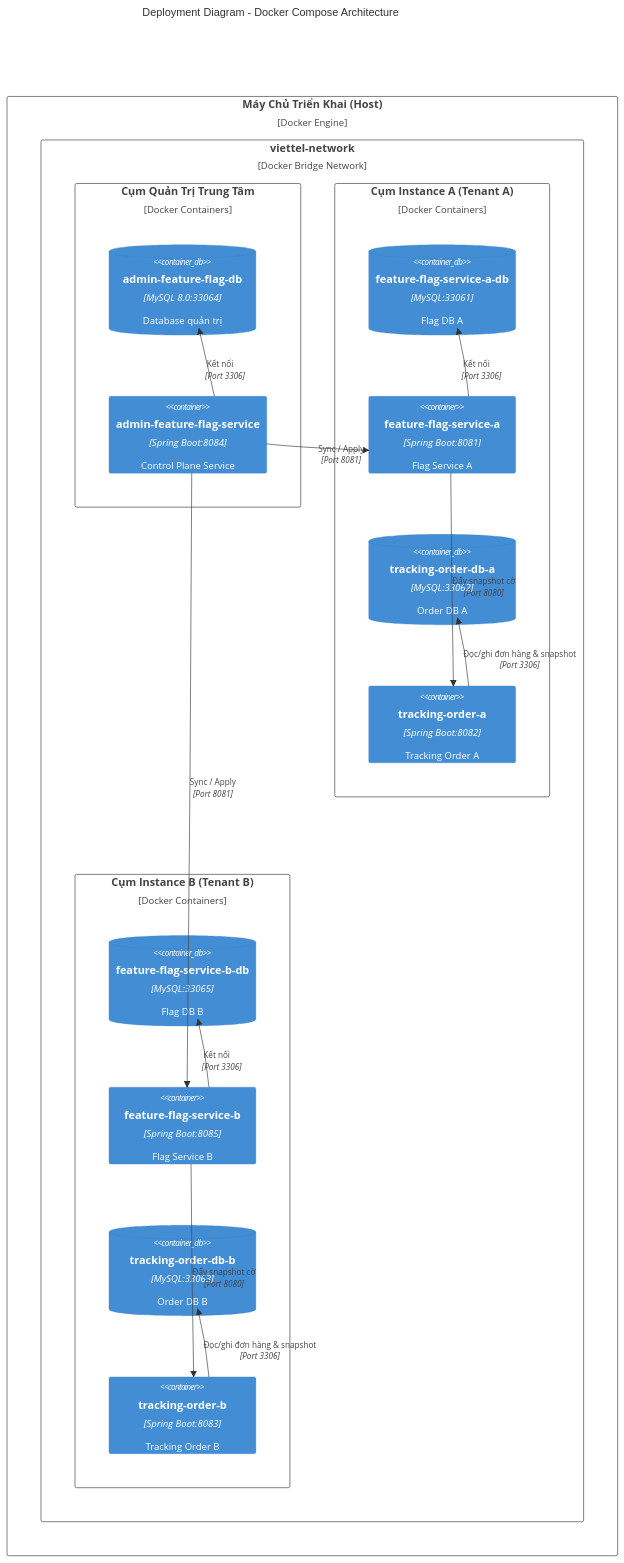
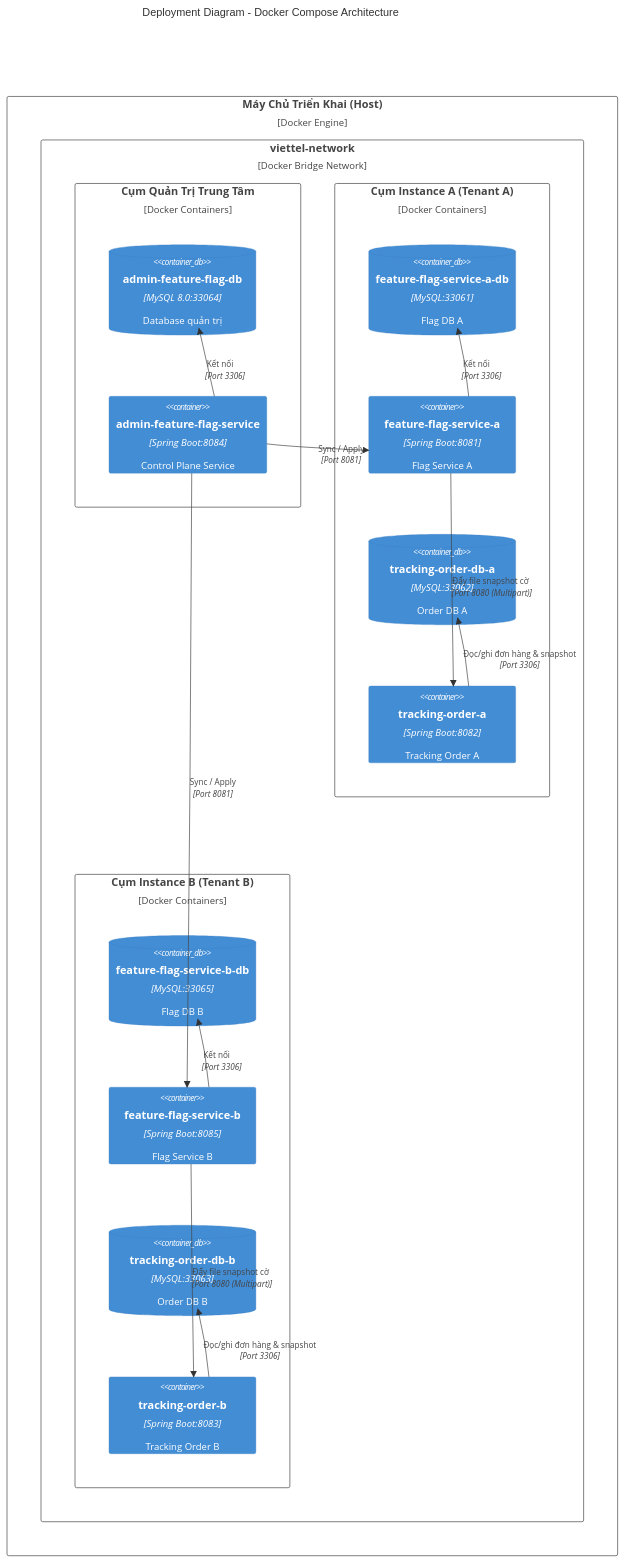
Before and after one commit to duymk123/Tracking-Order: the seventh of 7 diagrams in docs/architecture/feature-flag-c4.md, drawn with Mermaid. The commit also changed other lines of this file and 27 other files, not shown here.

````diff
--- a/docs/architecture/feature-flag-c4.md
+++ b/docs/architecture/feature-flag-c4.md
@@ -168,40 +210,40 @@
 ```mermaid
 C4Deployment
   title Deployment Diagram - Docker Compose Architecture
 
   Deployment_Node(host, "Máy Chủ Triển Khai (Host)", "Docker Engine") {
     Deployment_Node(network, "viettel-network", "Docker Bridge Network") {
       
       Deployment_Node(adminGroup, "Cụm Quản Trị Trung Tâm", "Docker Containers") {
         ContainerDb(adminDbNode, "admin-feature-flag-db", "MySQL 8.0:33064", "Database quản trị")
         Container(adminServiceNode, "admin-feature-flag-service", "Spring Boot:8084", "Control Plane Service")
       }
 
       Deployment_Node(instanceA, "Cụm Instance A (Tenant A)", "Docker Containers") {
         ContainerDb(flagDbA, "feature-flag-service-a-db", "MySQL:33061", "Flag DB A")
         Container(flagServiceA, "feature-flag-service-a", "Spring Boot:8081", "Flag Service A")
         ContainerDb(orderDbA, "tracking-order-db-a", "MySQL:33062", "Order DB A")
         Container(orderServiceA, "tracking-order-a", "Spring Boot:8082", "Tracking Order A")
       }
 
       Deployment_Node(instanceB, "Cụm Instance B (Tenant B)", "Docker Containers") {
         ContainerDb(flagDbB, "feature-flag-service-b-db", "MySQL:33065", "Flag DB B")
         Container(flagServiceB, "feature-flag-service-b", "Spring Boot:8085", "Flag Service B")
         ContainerDb(orderDbB, "tracking-order-db-b", "MySQL:33063", "Order DB B")
         Container(orderServiceB, "tracking-order-b", "Spring Boot:8083", "Tracking Order B")
       }
     }
   }
 
   Rel(adminServiceNode, adminDbNode, "Kết nối", "Port 3306")
   Rel(adminServiceNode, flagServiceA, "Sync / Apply", "Port 8081")
   Rel(adminServiceNode, flagServiceB, "Sync / Apply", "Port 8081")
 
   Rel(flagServiceA, flagDbA, "Kết nối", "Port 3306")
-  Rel(flagServiceA, orderServiceA, "Đẩy snapshot cờ", "Port 8080")
+  Rel(flagServiceA, orderServiceA, "Đẩy file snapshot cờ", "Port 8080 (Multipart)")
   Rel(orderServiceA, orderDbA, "Đọc/ghi đơn hàng & snapshot", "Port 3306")
 
   Rel(flagServiceB, flagDbB, "Kết nối", "Port 3306")
-  Rel(flagServiceB, orderServiceB, "Đẩy snapshot cờ", "Port 8080")
+  Rel(flagServiceB, orderServiceB, "Đẩy file snapshot cờ", "Port 8080 (Multipart)")
   Rel(orderServiceB, orderDbB, "Đọc/ghi đơn hàng & snapshot", "Port 3306")
 ```
````
